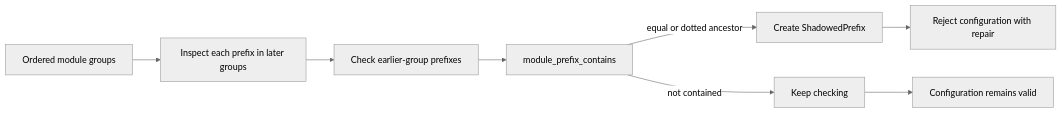
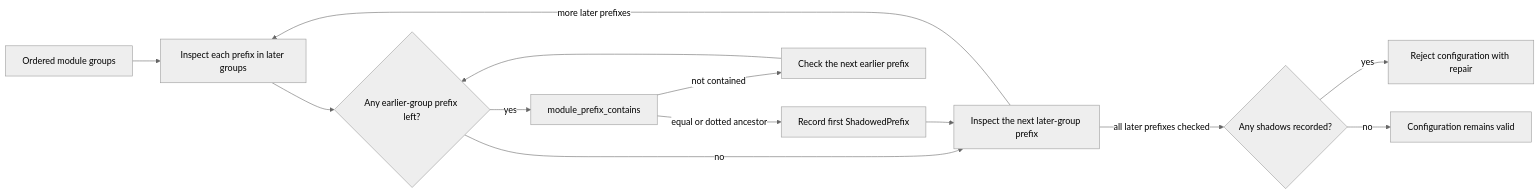
Before and after one commit to leynos/hecate: the first of 2 diagrams in docs/developers-guide.md, drawn with Mermaid (neutral theme). The commit also changed other lines of this file and 4 other files, not shown here.

First line of the commit message:
Clarify shadow-prefix diagnostics and docs (#60)

````diff
--- a/docs/developers-guide.md
+++ b/docs/developers-guide.md
@@ -101,10 +102,15 @@
 ```mermaid
 flowchart LR
     Groups["Ordered module groups"] --> Later["Inspect each prefix in later groups"]
-    Later --> Earlier["Check earlier-group prefixes"]
-    Earlier --> Boundary["module_prefix_contains"]
-    Boundary -->|equal or dotted ancestor| Shadow["Create ShadowedPrefix"]
-    Boundary -->|not contained| Continue["Keep checking"]
-    Shadow --> Reject["Reject configuration with repair"]
-    Continue --> Accepted["Configuration remains valid"]
+    Later --> Earlier{"Any earlier-group prefix left?"}
+    Earlier -->|yes| Boundary["module_prefix_contains"]
+    Earlier -->|no| NextLater["Inspect the next later-group prefix"]
+    Boundary -->|equal or dotted ancestor| Shadow["Record first ShadowedPrefix"]
+    Boundary -->|not contained| NextEarlier["Check the next earlier prefix"]
+    NextEarlier --> Earlier
+    Shadow --> NextLater
+    NextLater -->|more later prefixes| Later
+    NextLater -->|all later prefixes checked| Any{"Any shadows recorded?"}
+    Any -->|yes| Reject["Reject configuration with repair"]
+    Any -->|no| Accepted["Configuration remains valid"]
 ```
````
